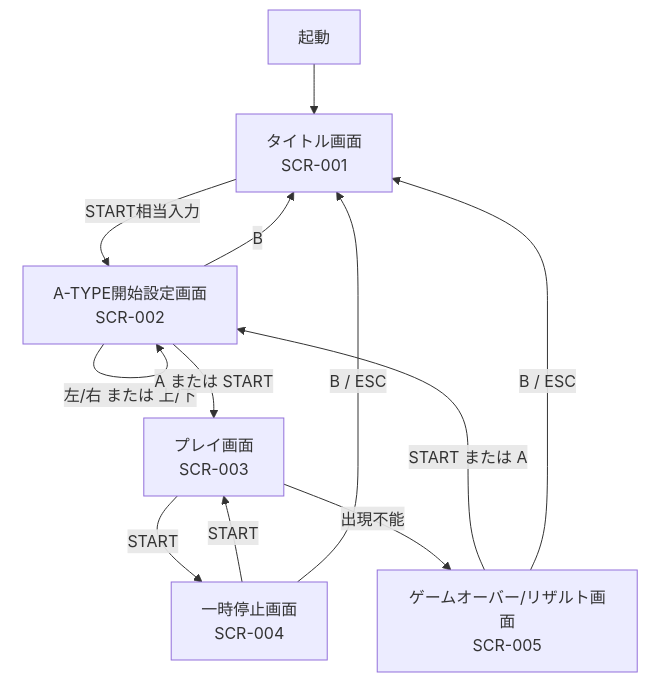
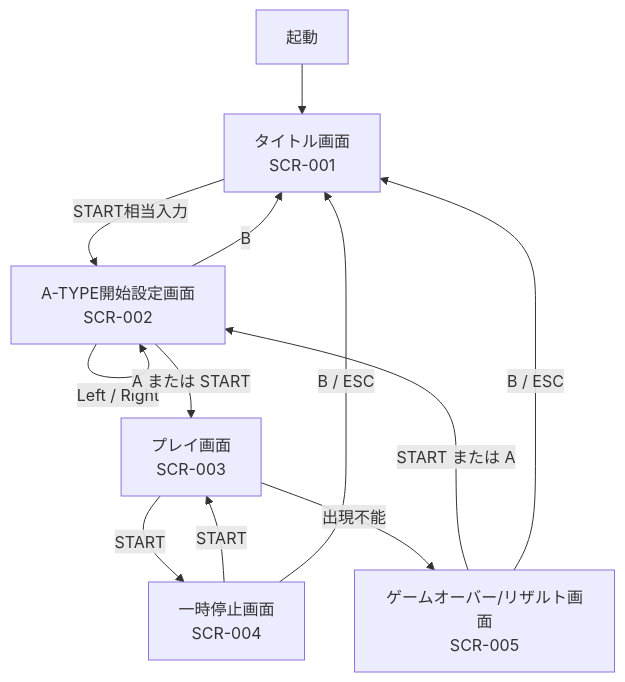
One commit to Akihiko-Fuji/DocDD changed the first of 2 diagrams in Block_Puzzle_DocDD/docs/02_external_spec/27_runtime_flowchart_mermaid.md. Above: the diagram before and after it, drawn with Mermaid. The commit also changed other lines of this file and 40 other files, not shown here.

````diff
--- a/Block_Puzzle_DocDD/docs/02_external_spec/27_runtime_flowchart_mermaid.md
+++ b/Block_Puzzle_DocDD/docs/02_external_spec/27_runtime_flowchart_mermaid.md
@@ -22,14 +21,14 @@
 ```mermaid
 flowchart TD
     A[起動] --> B[タイトル画面<br/>SCR-001]
     B -->|START相当入力| C[A-TYPE開始設定画面<br/>SCR-002]
-    C -->|左/右 または 上/下| C
+    C -->|Left / Right| C
     C -->|A または START| D[プレイ画面<br/>SCR-003]
     C -->|B| B
     D -->|START| E[一時停止画面<br/>SCR-004]
     E -->|START| D
     E -->|B / ESC| B
     D -->|出現不能| F[ゲームオーバー/リザルト画面<br/>SCR-005]
     F -->|START または A| C
     F -->|B / ESC| B
 ```
````
